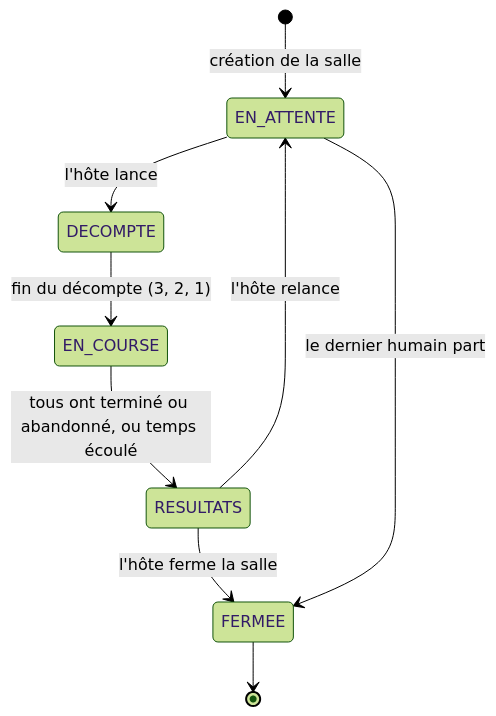
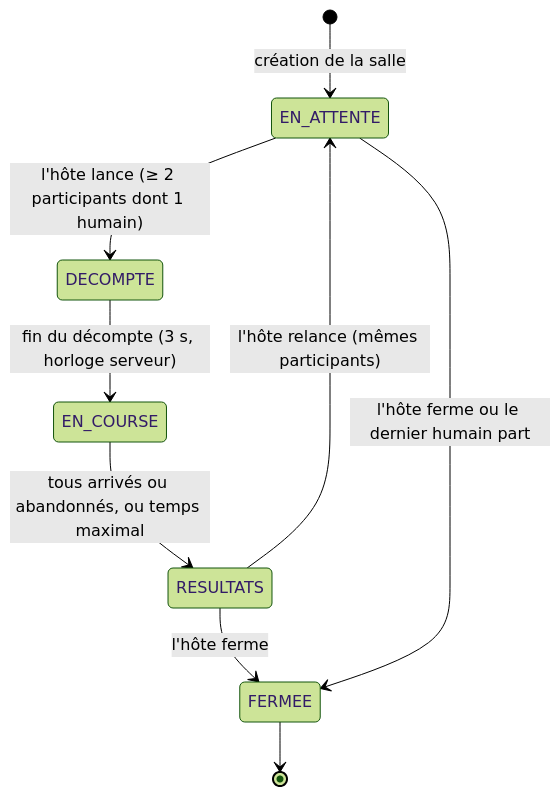
The third of 4 diagrams in docs/ARCHITECTURE.md (devzr24/typing-race), drawn with Mermaid (forest theme) before and after one commit. The commit also changed other lines of this file and 10 other files, not shown here.

First line of the commit message:
docs(adr): README, architecture finale, IA et matrice à jour

````diff
--- a/docs/ARCHITECTURE.md
+++ b/docs/ARCHITECTURE.md
@@ -54,11 +76,11 @@
 ```mermaid
 stateDiagram-v2
     [*] --> EN_ATTENTE : création de la salle
-    EN_ATTENTE --> DECOMPTE : l'hôte lance
-    DECOMPTE --> EN_COURSE : fin du décompte (3, 2, 1)
-    EN_COURSE --> RESULTATS : tous ont terminé ou abandonné, ou temps écoulé
-    RESULTATS --> EN_ATTENTE : l'hôte relance
-    RESULTATS --> FERMEE : l'hôte ferme la salle
-    EN_ATTENTE --> FERMEE : le dernier humain part
+    EN_ATTENTE --> DECOMPTE : l'hôte lance (≥ 2 participants dont 1 humain)
+    DECOMPTE --> EN_COURSE : fin du décompte (3 s, horloge serveur)
+    EN_COURSE --> RESULTATS : tous arrivés ou abandonnés, ou temps maximal
+    RESULTATS --> EN_ATTENTE : l'hôte relance (mêmes participants)
+    RESULTATS --> FERMEE : l'hôte ferme
+    EN_ATTENTE --> FERMEE : l'hôte ferme ou le dernier humain part
     FERMEE --> [*]
 ```
````
